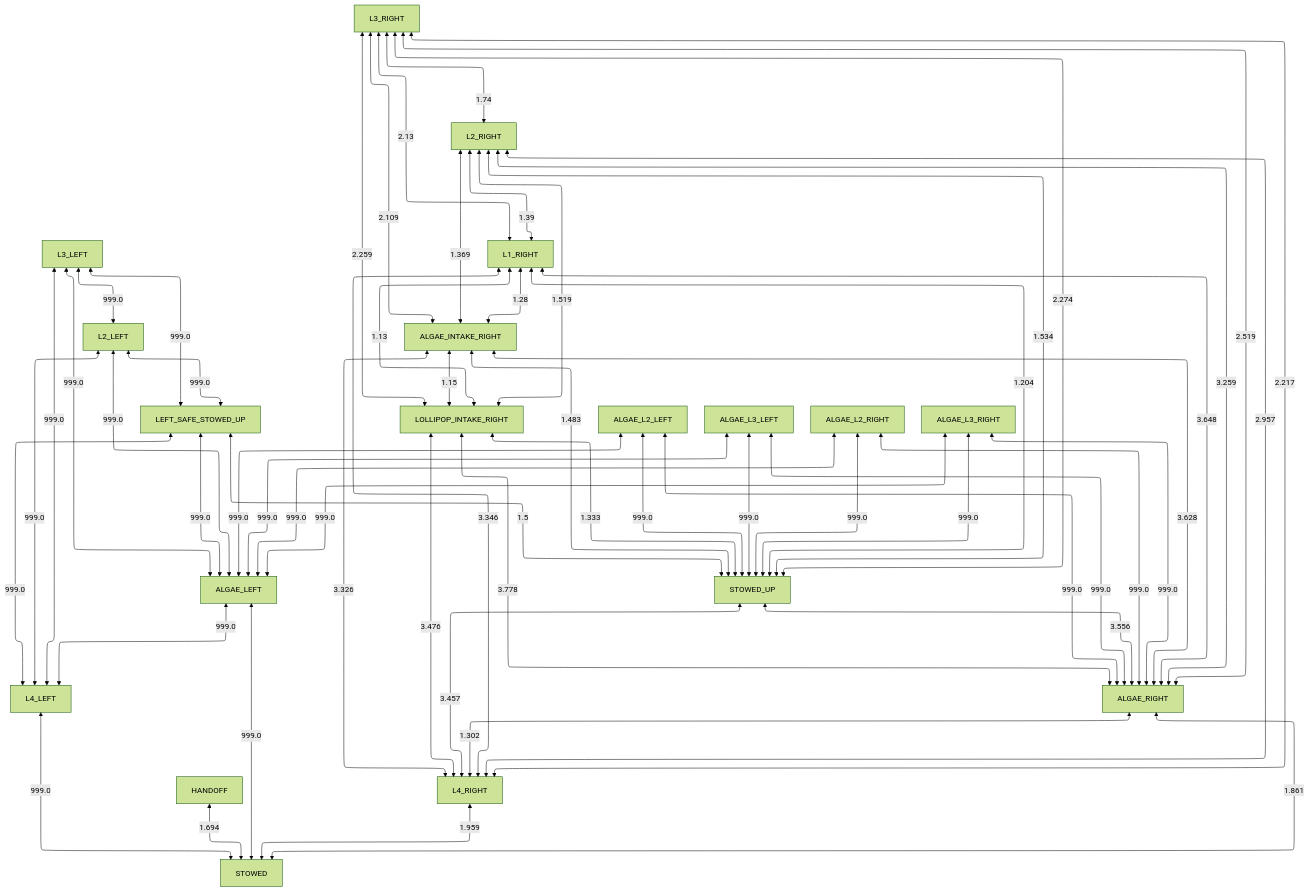
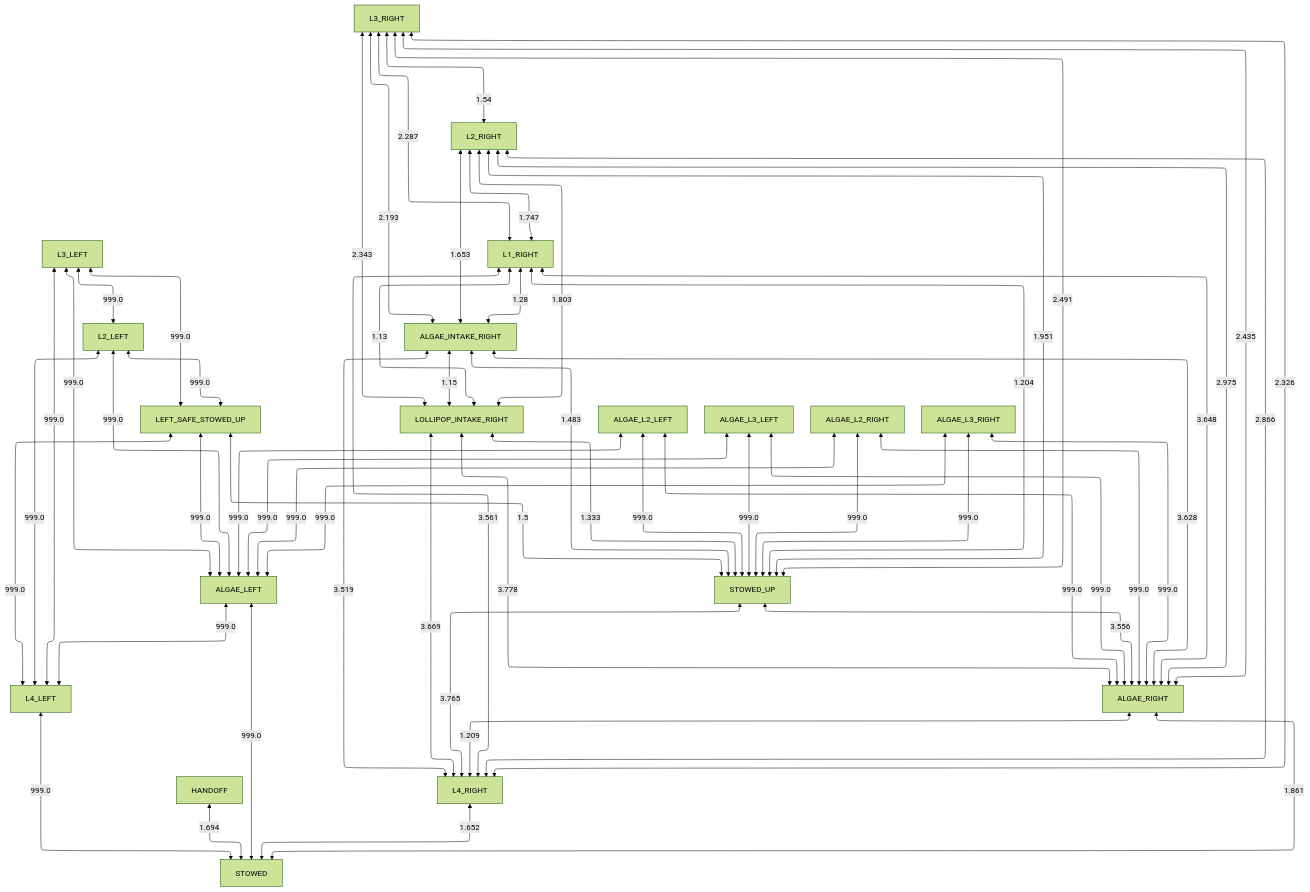
Before and after one commit to team581/offseason-2025-comp: the diagram in docs/collision_avoidance/left_obstructed.md, drawn with Mermaid (forest theme). The commit also changed 6 other files, not shown here.

````diff
--- a/docs/collision_avoidance/left_obstructed.md
+++ b/docs/collision_avoidance/left_obstructed.md
@@ -3,61 +3,61 @@
 ```mermaid
 %%{ init: { "flowchart": { "defaultRenderer": "elk" } } }%%
 graph TD
 
 HANDOFF <-- 1.694 --> STOWED
 L4_LEFT <-- 999.0 --> STOWED
-L4_RIGHT <-- 1.959 --> STOWED
+L4_RIGHT <-- 1.652 --> STOWED
 ALGAE_RIGHT <-- 1.861 --> STOWED
 ALGAE_LEFT <-- 999.0 --> STOWED
 LEFT_SAFE_STOWED_UP <-- 999.0 --> L4_LEFT
 L2_LEFT <-- 999.0 --> L4_LEFT
 L3_LEFT <-- 999.0 --> L4_LEFT
 ALGAE_LEFT <-- 999.0 --> L4_LEFT
-STOWED_UP <-- 3.457 --> L4_RIGHT
-ALGAE_INTAKE_RIGHT <-- 3.326 --> L4_RIGHT
-LOLLIPOP_INTAKE_RIGHT <-- 3.476 --> L4_RIGHT
-L1_RIGHT <-- 3.346 --> L4_RIGHT
-L2_RIGHT <-- 2.957 --> L4_RIGHT
-L3_RIGHT <-- 2.217 --> L4_RIGHT
-ALGAE_RIGHT <-- 1.302 --> L4_RIGHT
+STOWED_UP <-- 3.765 --> L4_RIGHT
+ALGAE_INTAKE_RIGHT <-- 3.519 --> L4_RIGHT
+LOLLIPOP_INTAKE_RIGHT <-- 3.669 --> L4_RIGHT
+L1_RIGHT <-- 3.561 --> L4_RIGHT
+L2_RIGHT <-- 2.866 --> L4_RIGHT
+L3_RIGHT <-- 2.326 --> L4_RIGHT
+ALGAE_RIGHT <-- 1.209 --> L4_RIGHT
 STOWED_UP <-- 3.556 --> ALGAE_RIGHT
 ALGAE_L2_LEFT <-- 999.0 --> ALGAE_RIGHT
 ALGAE_L3_LEFT <-- 999.0 --> ALGAE_RIGHT
 ALGAE_INTAKE_RIGHT <-- 3.628 --> ALGAE_RIGHT
 LOLLIPOP_INTAKE_RIGHT <-- 3.778 --> ALGAE_RIGHT
 L1_RIGHT <-- 3.648 --> ALGAE_RIGHT
-L2_RIGHT <-- 3.259 --> ALGAE_RIGHT
-L3_RIGHT <-- 2.519 --> ALGAE_RIGHT
+L2_RIGHT <-- 2.975 --> ALGAE_RIGHT
+L3_RIGHT <-- 2.435 --> ALGAE_RIGHT
 ALGAE_L2_RIGHT <-- 999.0 --> ALGAE_RIGHT
 ALGAE_L3_RIGHT <-- 999.0 --> ALGAE_RIGHT
 LEFT_SAFE_STOWED_UP <-- 999.0 --> ALGAE_LEFT
 L2_LEFT <-- 999.0 --> ALGAE_LEFT
 L3_LEFT <-- 999.0 --> ALGAE_LEFT
 ALGAE_L2_LEFT <-- 999.0 --> ALGAE_LEFT
 ALGAE_L3_LEFT <-- 999.0 --> ALGAE_LEFT
 ALGAE_L2_RIGHT <-- 999.0 --> ALGAE_LEFT
 ALGAE_L3_RIGHT <-- 999.0 --> ALGAE_LEFT
 LEFT_SAFE_STOWED_UP <-- 1.5 --> STOWED_UP
 LOLLIPOP_INTAKE_RIGHT <-- 1.333 --> STOWED_UP
 ALGAE_INTAKE_RIGHT <-- 1.483 --> STOWED_UP
 L1_RIGHT <-- 1.204 --> STOWED_UP
-L2_RIGHT <-- 1.534 --> STOWED_UP
-L3_RIGHT <-- 2.274 --> STOWED_UP
+L2_RIGHT <-- 1.951 --> STOWED_UP
+L3_RIGHT <-- 2.491 --> STOWED_UP
 ALGAE_L2_LEFT <-- 999.0 --> STOWED_UP
 ALGAE_L2_RIGHT <-- 999.0 --> STOWED_UP
 ALGAE_L3_LEFT <-- 999.0 --> STOWED_UP
 ALGAE_L3_RIGHT <-- 999.0 --> STOWED_UP
 L2_LEFT <-- 999.0 --> LEFT_SAFE_STOWED_UP
 L3_LEFT <-- 999.0 --> LEFT_SAFE_STOWED_UP
 ALGAE_INTAKE_RIGHT <-- 1.15 --> LOLLIPOP_INTAKE_RIGHT
 L1_RIGHT <-- 1.13 --> LOLLIPOP_INTAKE_RIGHT
-L2_RIGHT <-- 1.519 --> LOLLIPOP_INTAKE_RIGHT
-L3_RIGHT <-- 2.259 --> LOLLIPOP_INTAKE_RIGHT
+L2_RIGHT <-- 1.803 --> LOLLIPOP_INTAKE_RIGHT
+L3_RIGHT <-- 2.343 --> LOLLIPOP_INTAKE_RIGHT
 L1_RIGHT <-- 1.28 --> ALGAE_INTAKE_RIGHT
-L2_RIGHT <-- 1.369 --> ALGAE_INTAKE_RIGHT
-L3_RIGHT <-- 2.109 --> ALGAE_INTAKE_RIGHT
+L2_RIGHT <-- 1.653 --> ALGAE_INTAKE_RIGHT
+L3_RIGHT <-- 2.193 --> ALGAE_INTAKE_RIGHT
 L3_LEFT <-- 999.0 --> L2_LEFT
-L2_RIGHT <-- 1.39 --> L1_RIGHT
-L3_RIGHT <-- 2.13 --> L1_RIGHT
-L3_RIGHT <-- 1.74 --> L2_RIGHT
+L2_RIGHT <-- 1.747 --> L1_RIGHT
+L3_RIGHT <-- 2.287 --> L1_RIGHT
+L3_RIGHT <-- 1.54 --> L2_RIGHT
 ```
````
